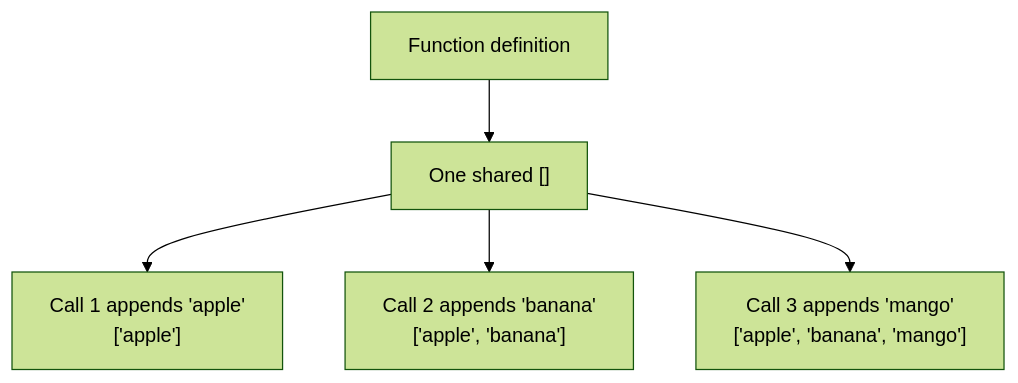
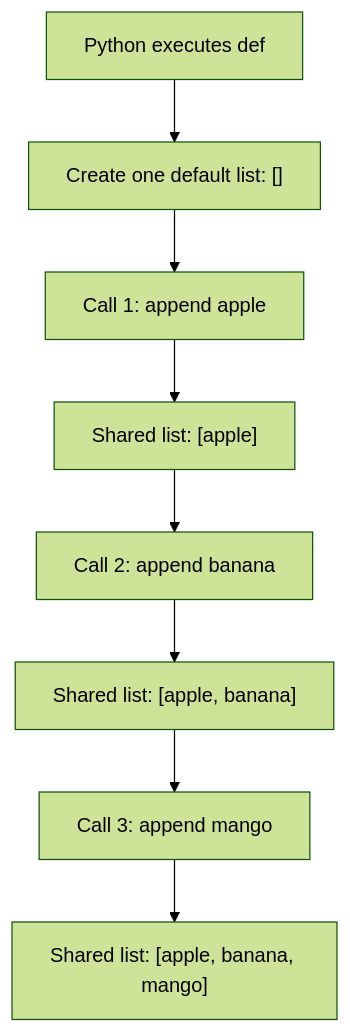
Before and after one commit to AvadhBhalodiya/Interview-Preparation: the first of 3 diagrams in src/content/python/mutable-default-argument.md, drawn with Mermaid (forest theme). The commit also changed other lines of this file and 80 other files, not shown here.

````diff
--- a/src/content/python/mutable-default-argument.md
+++ b/src/content/python/mutable-default-argument.md
@@ -21,7 +81,10 @@
 ```mermaid
 flowchart TD
-    DEF[Function definition] --> SHARED["One shared []"]
-    SHARED --> C1["Call 1 appends 'apple'<br/>['apple']"]
-    SHARED --> C2["Call 2 appends 'banana'<br/>['apple', 'banana']"]
-    SHARED --> C3["Call 3 appends 'mango'<br/>['apple', 'banana', 'mango']"]
+    A["Python executes def"] --> B["Create one default list: []"]
+    B --> C["Call 1: append apple"]
+    C --> D["Shared list: [apple]"]
+    D --> E["Call 2: append banana"]
+    E --> F["Shared list: [apple, banana]"]
+    F --> G["Call 3: append mango"]
+    G --> H["Shared list: [apple, banana, mango]"]
 ```
````
